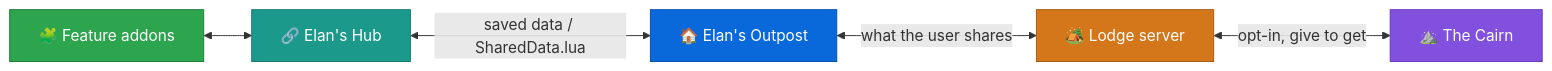
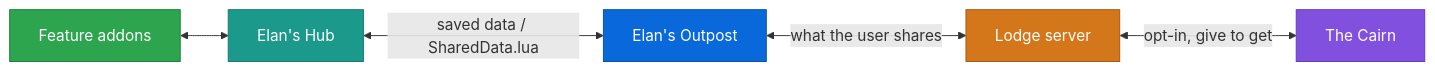
One commit to Elanoran/ElanAddonHub changed the diagram in ARCHITECTURE.md. Above: the diagram before and after it, drawn with Mermaid. The commit also changed 2 other files, not shown here.

Commit message:
Docs style: calmer (no emoji in headings or names, no release badge, fewer alert boxes)

````diff
--- a/ARCHITECTURE.md
+++ b/ARCHITECTURE.md
@@ -46,12 +46,12 @@
 ```mermaid
 flowchart LR
-    A["🧩 Feature addons"]:::addon <--> H["🔗 Elan's Hub"]:::hub
-    H <-->|saved data / SharedData.lua| O["🏠 Elan's Outpost"]:::outpost
-    O <-->|what the user shares| L["🏕️ Lodge server"]:::lodge
-    L <-->|opt-in, give to get| C["⛰️ The Cairn"]:::cairn
+    A["Feature addons"]:::addon <--> H["Elan's Hub"]:::hub
+    H <-->|saved data / SharedData.lua| O["Elan's Outpost"]:::outpost
+    O <-->|what the user shares| L["Lodge server"]:::lodge
+    L <-->|opt-in, give to get| C["The Cairn"]:::cairn
     classDef addon fill:#2da44e,stroke:#1a7f37,color:#fff
     classDef hub fill:#1b998b,stroke:#137a6f,color:#fff
     classDef outpost fill:#0969da,stroke:#0550ae,color:#fff
     classDef lodge fill:#d4761a,stroke:#a35a12,color:#fff
     classDef cairn fill:#8250df,stroke:#6639ba,color:#fff
 ```
````
